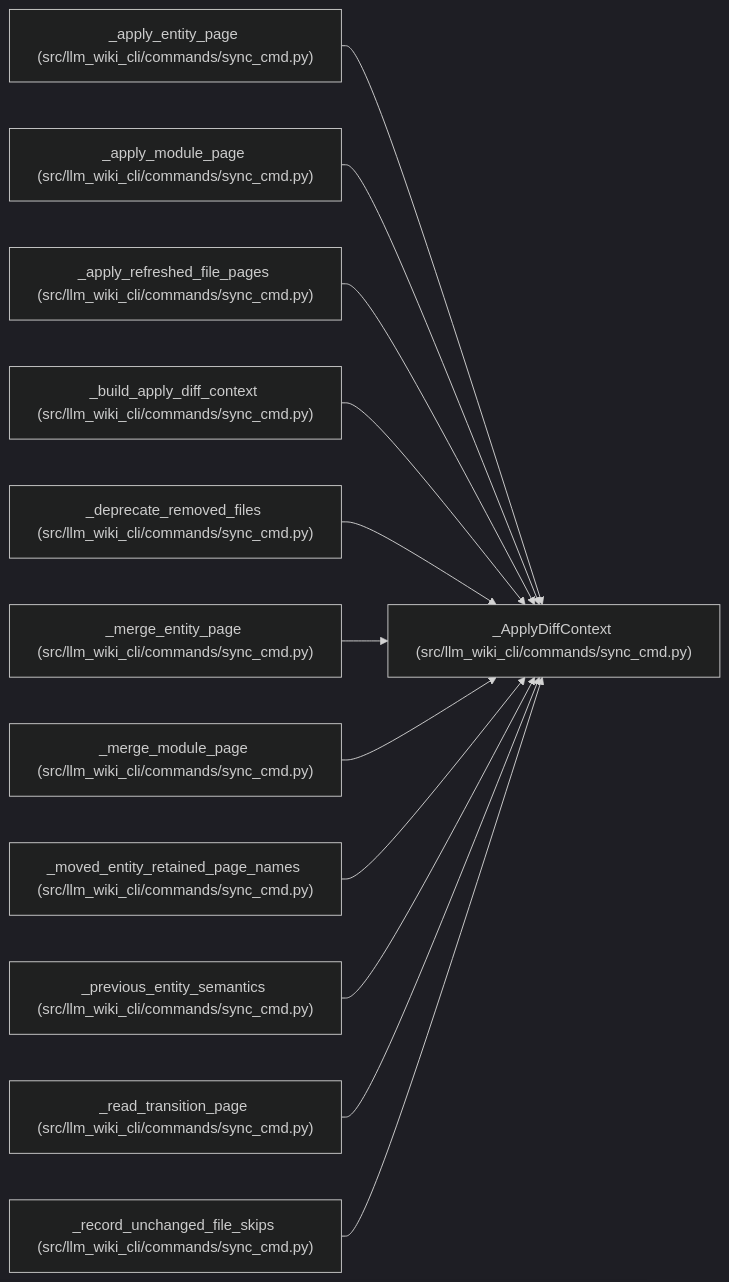
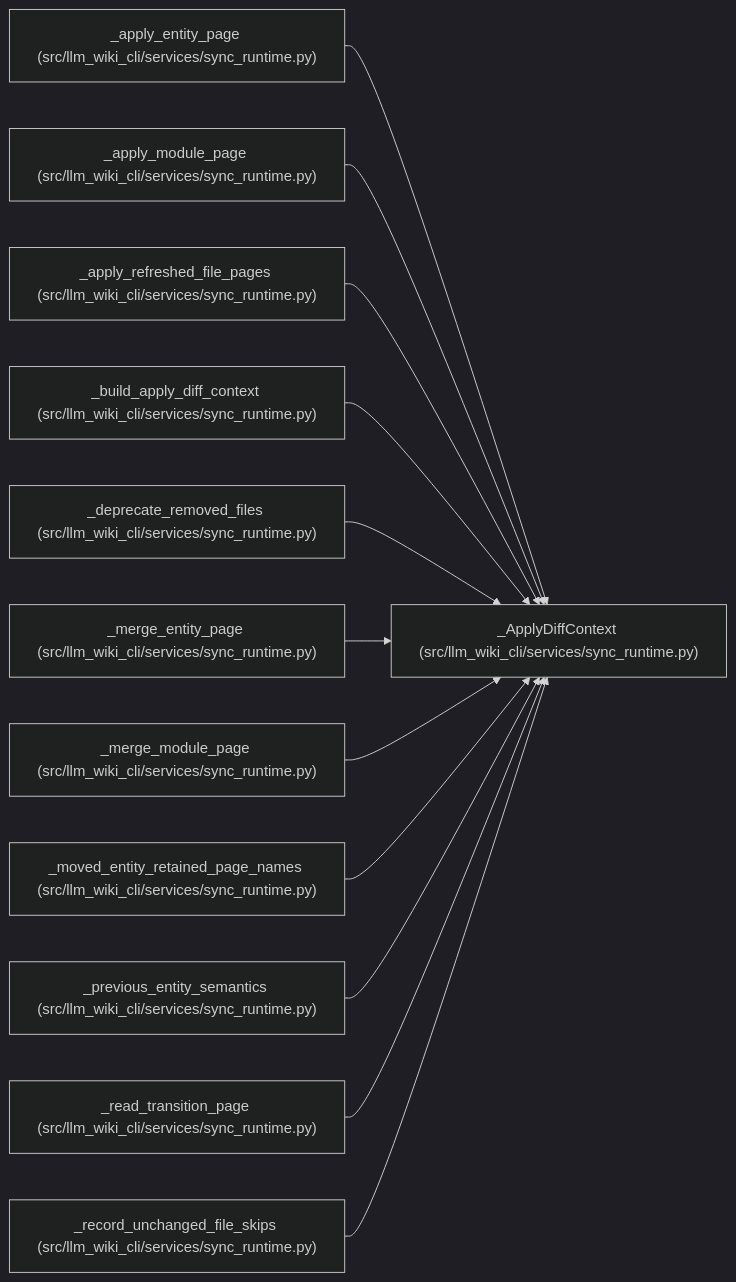
One commit to Denissvgn/python-wiki-llm changed the diagram in docs/llm_wiki/entities/ApplyDiffContext.md. Above: the diagram before and after it, drawn with Mermaid (dark theme). The commit also changed other lines of this file and 1555 other files, not shown here.

````diff
--- a/docs/llm_wiki/entities/ApplyDiffContext.md
+++ b/docs/llm_wiki/entities/ApplyDiffContext.md
@@ -44,38 +44,38 @@
 ```mermaid
 flowchart LR
-    n0["_ApplyDiffContext (src/llm_wiki_cli/commands/sync_cmd.py)"]
-    n1["_apply_entity_page (src/llm_wiki_cli/commands/sync_cmd.py)"]
-    n2["_apply_module_page (src/llm_wiki_cli/commands/sync_cmd.py)"]
-    n3["_apply_refreshed_file_pages (src/llm_wiki_cli/commands/sync_cmd.py)"]
-    n4["_build_apply_diff_context (src/llm_wiki_cli/commands/sync_cmd.py)"]
-    n5["_deprecate_removed_files (src/llm_wiki_cli/commands/sync_cmd.py)"]
-    n6["_merge_entity_page (src/llm_wiki_cli/commands/sync_cmd.py)"]
-    n7["_merge_module_page (src/llm_wiki_cli/commands/sync_cmd.py)"]
-    n8["_moved_entity_retained_page_names (src/llm_wiki_cli/commands/sync_cmd.py)"]
-    n9["_previous_entity_semantics (src/llm_wiki_cli/commands/sync_cmd.py)"]
-    n10["_read_transition_page (src/llm_wiki_cli/commands/sync_cmd.py)"]
-    n11["_record_unchanged_file_skips (src/llm_wiki_cli/commands/sync_cmd.py)"]
+    n0["_ApplyDiffContext (src/llm_wiki_cli/services/sync_runtime.py)"]
+    n1["_apply_entity_page (src/llm_wiki_cli/services/sync_runtime.py)"]
+    n2["_apply_module_page (src/llm_wiki_cli/services/sync_runtime.py)"]
+    n3["_apply_refreshed_file_pages (src/llm_wiki_cli/services/sync_runtime.py)"]
+    n4["_build_apply_diff_context (src/llm_wiki_cli/services/sync_runtime.py)"]
+    n5["_deprecate_removed_files (src/llm_wiki_cli/services/sync_runtime.py)"]
+    n6["_merge_entity_page (src/llm_wiki_cli/services/sync_runtime.py)"]
+    n7["_merge_module_page (src/llm_wiki_cli/services/sync_runtime.py)"]
+    n8["_moved_entity_retained_page_names (src/llm_wiki_cli/services/sync_runtime.py)"]
+    n9["_previous_entity_semantics (src/llm_wiki_cli/services/sync_runtime.py)"]
+    n10["_read_transition_page (src/llm_wiki_cli/services/sync_runtime.py)"]
+    n11["_record_unchanged_file_skips (src/llm_wiki_cli/services/sync_runtime.py)"]
     n1 --> n0
     n2 --> n0
     n3 --> n0
     n4 --> n0
     n5 --> n0
     n6 --> n0
     n7 --> n0
     n8 --> n0
     n9 --> n0
     n10 --> n0
     n11 --> n0
-    click n0 "../modules/sync_cmd.md"
-    click n1 "../modules/sync_cmd.md"
-    click n2 "../modules/sync_cmd.md"
-    click n3 "../modules/sync_cmd.md"
-    click n4 "../modules/sync_cmd.md"
-    click n5 "../modules/sync_cmd.md"
-    click n6 "../modules/sync_cmd.md"
-    click n7 "../modules/sync_cmd.md"
-    click n8 "../modules/sync_cmd.md"
-    click n9 "../modules/sync_cmd.md"
-    click n10 "../modules/sync_cmd.md"
-    click n11 "../modules/sync_cmd.md"
+    click n0 "../modules/sync_runtime.md"
+    click n1 "../modules/sync_runtime.md"
+    click n2 "../modules/sync_runtime.md"
+    click n3 "../modules/sync_runtime.md"
+    click n4 "../modules/sync_runtime.md"
+    click n5 "../modules/sync_runtime.md"
+    click n6 "../modules/sync_runtime.md"
+    click n7 "../modules/sync_runtime.md"
+    click n8 "../modules/sync_runtime.md"
+    click n9 "../modules/sync_runtime.md"
+    click n10 "../modules/sync_runtime.md"
+    click n11 "../modules/sync_runtime.md"
 ```
````
